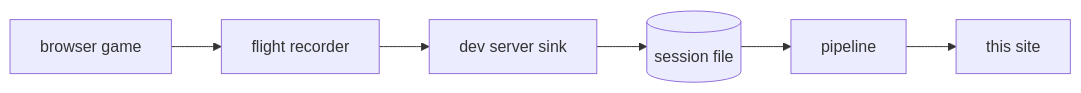
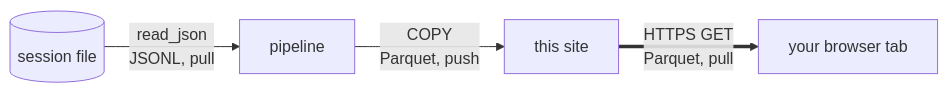
One commit to MrBisonte/flightdeck changed the second of 2 diagrams in site/src/index.md. Above: the diagram before and after it, drawn with Mermaid. The commit also changed other lines of this file, not shown here.

First line of the commit message:
docs(site): split the flow diagram and name each transport

````diff
--- a/site/src/index.md
+++ b/site/src/index.md
@@ -64,8 +82,6 @@
 ```mermaid
 flowchart LR
-  game["browser game"] --> rec["flight recorder"]
-  rec --> sink["dev server sink"]
-  sink --> log[("session file")]
-  log --> pipe["pipeline"]
-  pipe --> site["this site"]
+  log[("session file")] -->|"read_json<br/>JSONL, pull"| pipe["pipeline"]
+  pipe -->|"COPY<br/>Parquet, push"| site["this site"]
+  site ==>|"HTTPS GET<br/>Parquet, pull"| reader["your browser tab"]
 ```
````
